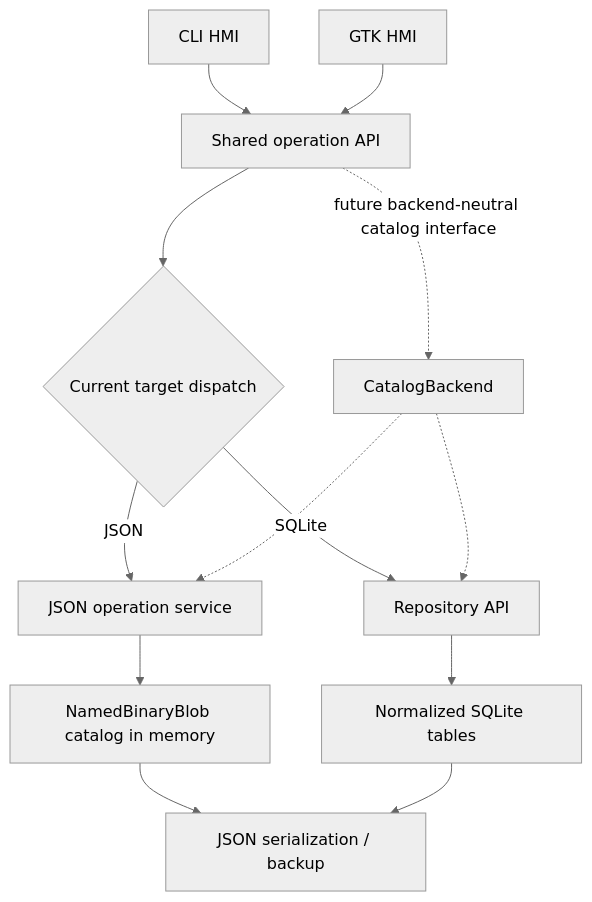
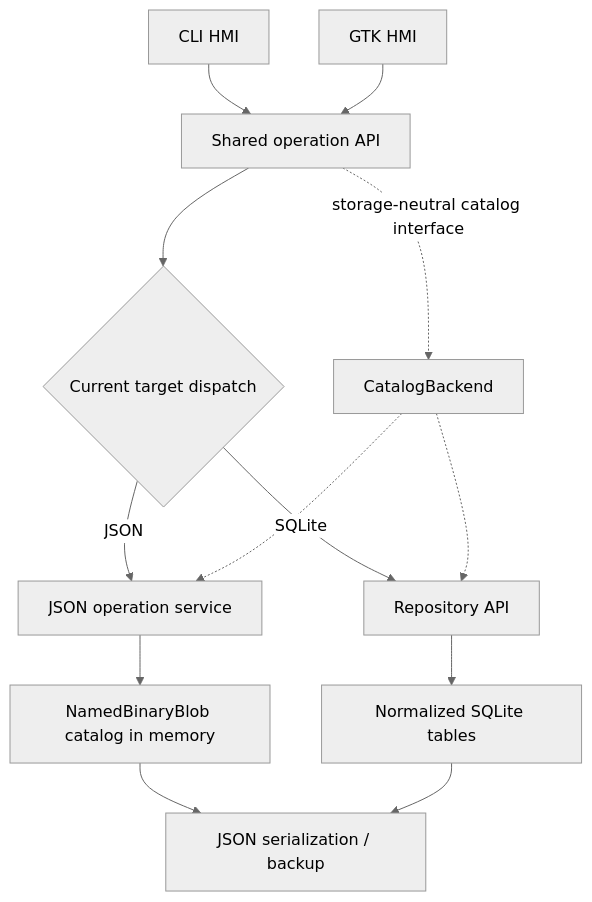
One commit to cschlote/DosierSkanilo changed the first of 3 diagrams in docs/ARCHITECTURE.md. Above: the diagram before and after it, drawn with Mermaid (neutral theme). The commit also changed other lines of this file and 8 other files, not shown here.

````diff
--- a/docs/ARCHITECTURE.md
+++ b/docs/ARCHITECTURE.md
@@ -9,15 +9,15 @@
 ```mermaid
 flowchart TD
     CLI[CLI HMI] --> O[Shared operation API]
     GTK[GTK HMI] --> O
     O --> F{Current target dispatch}
     F -->|JSON| J[JSON operation service]
     F -->|SQLite| R[Repository API]
     J --> JM[NamedBinaryBlob catalog in memory]
     R --> S[Normalized SQLite tables]
     JM --> W[JSON serialization / backup]
     S --> W
-    O -. future backend-neutral catalog interface .-> C[CatalogBackend]
+    O -. storage-neutral catalog interface .-> C[CatalogBackend]
     C -.-> J
     C -.-> R
 ```
````
